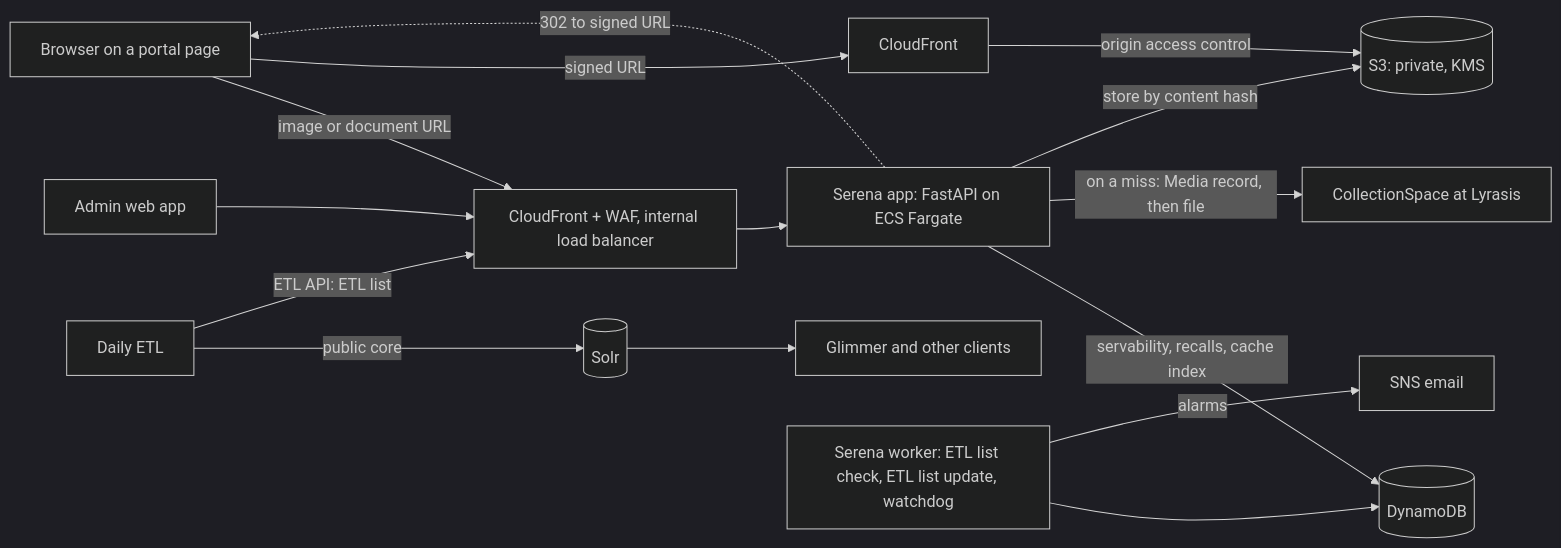
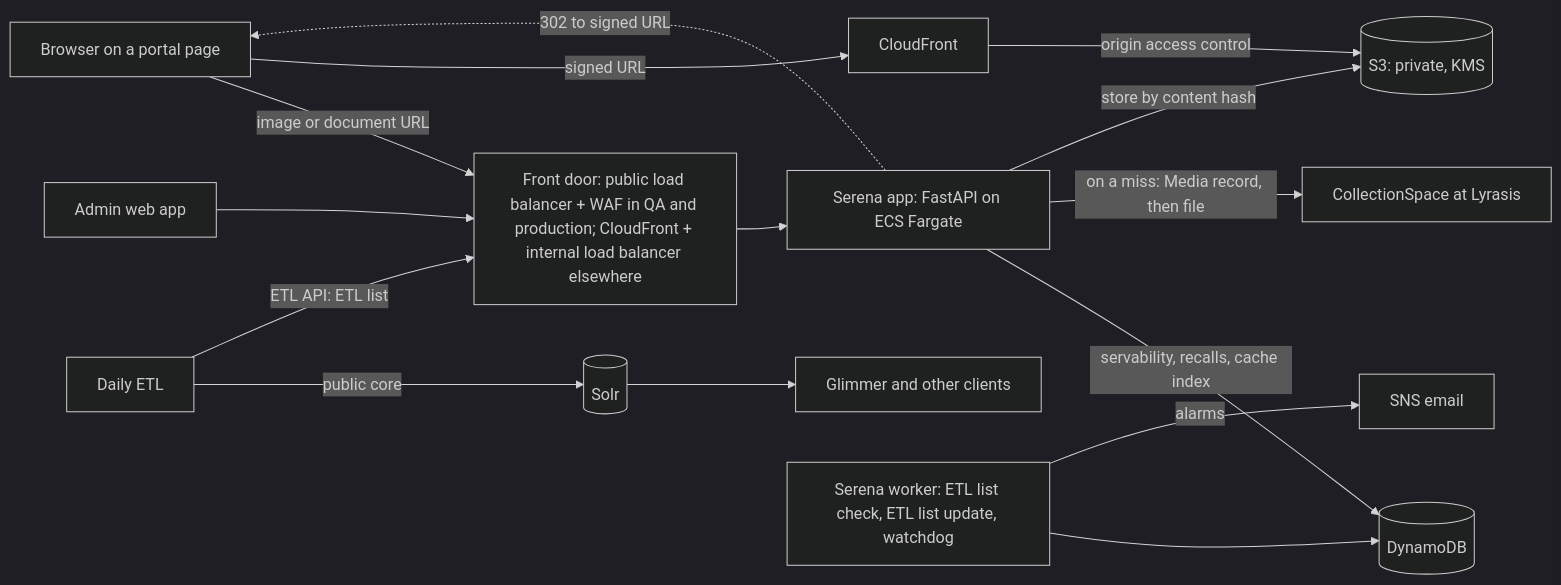
The first of 2 diagrams in docs/design.md (ets-berkeley-edu/cspace-media-server), drawn with Mermaid (dark theme) before and after one commit. The commit also changed other lines of this file and 2 other files, not shown here.

First line of the commit message:
docs: record the split front door for QA and production (D289-D307)

````diff
--- a/docs/design.md
+++ b/docs/design.md
@@ -159,17 +160,17 @@
 ```mermaid
 flowchart LR
-  B[Browser on a portal page] -->|image or document URL| A[CloudFront + WAF, internal load balancer]
+  B[Browser on a portal page] -->|image or document URL| A[Front door: public load balancer + WAF in QA and production; CloudFront + internal load balancer elsewhere]
   A --> S[Serena app: FastAPI on ECS Fargate]
   S -->|servability, recalls, cache index| D[(DynamoDB)]
   S -->|on a miss: Media record, then file| C[CollectionSpace at Lyrasis]
   S -->|store by content hash| K[(S3: private, KMS)]
   S -.->|302 to signed URL| B
   B -->|signed URL| F[CloudFront]
   F -->|origin access control| K
   E[Daily ETL] -->|public core| P[(Solr)]
   P --> G[Glimmer and other clients]
   E -->|ETL API: ETL list| A
   W[Serena worker: ETL list check, ETL list update, watchdog] --> D
   W -->|alarms| N[SNS email]
   M[Admin web app] --> A
 ```
````
